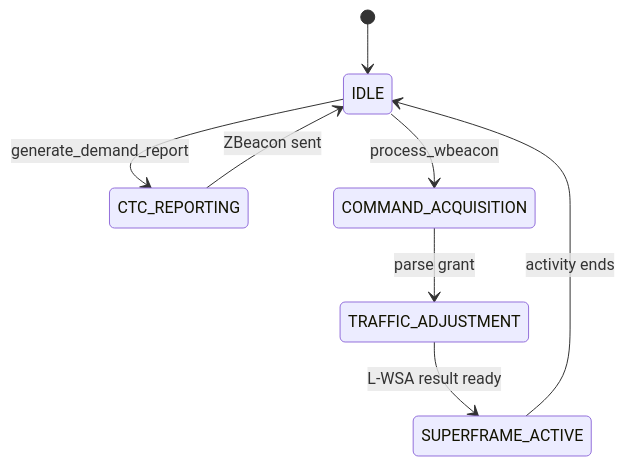
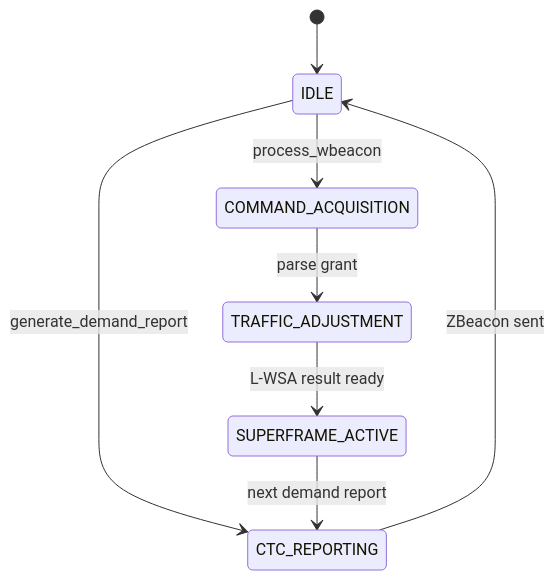
One commit to DIVYANSHSAXENA23/cowicmac-case-study changed the second of 2 diagrams in reviews/study_guide_divyansh.md. Above: the diagram before and after it, drawn with Mermaid. The commit also changed 4 other files, not shown here.

````diff
--- a/reviews/study_guide_divyansh.md
+++ b/reviews/study_guide_divyansh.md
@@ -135,10 +135,10 @@
 ```mermaid
 stateDiagram-v2
   [*] --> IDLE
   IDLE --> CTC_REPORTING: generate_demand_report
   CTC_REPORTING --> IDLE: ZBeacon sent
   IDLE --> COMMAND_ACQUISITION: process_wbeacon
   COMMAND_ACQUISITION --> TRAFFIC_ADJUSTMENT: parse grant
   TRAFFIC_ADJUSTMENT --> SUPERFRAME_ACTIVE: L-WSA result ready
-  SUPERFRAME_ACTIVE --> IDLE: activity ends
+  SUPERFRAME_ACTIVE --> CTC_REPORTING: next demand report
 ```
````
